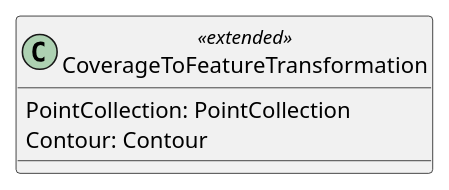
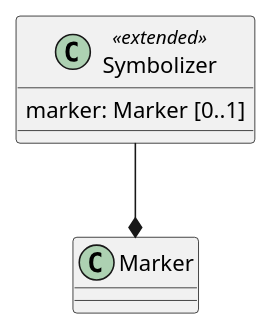
Before and after one commit to opengeospatial/styles-and-symbology: the third of 6 diagrams in core/sections/clause_9_coverage.adoc, drawn with PlantUML. The commit also changed other lines of this file, not shown here.

Commit message:
9-coverages: Fixed PlantUML issues; Reviewed Coverage -> Features

```diff
--- a/core/sections/clause_9_coverage.adoc
+++ b/core/sections/clause_9_coverage.adoc
@@ -173,6 +177,7 @@
 [plantuml, target=diagram-classes, format=png]
 ....
-class CoverageToFeatureTransformation <<extended>>
-CoverageToFeatureTransformation : PointCollection: PointCollection
-CoverageToFeatureTransformation : Contour: Contour
+
+class Symbolizer <<extended>>
+Symbolizer : marker: Marker [0..1]
+Symbolizer --* Marker
 ....
```
